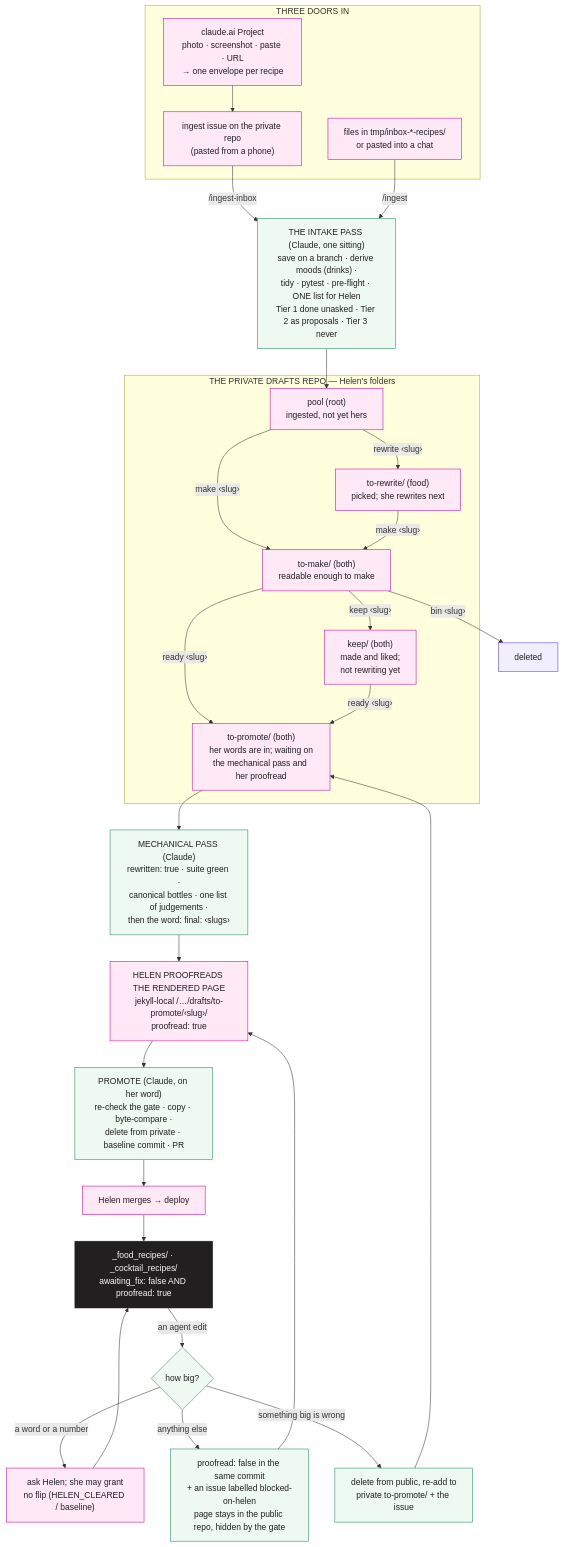
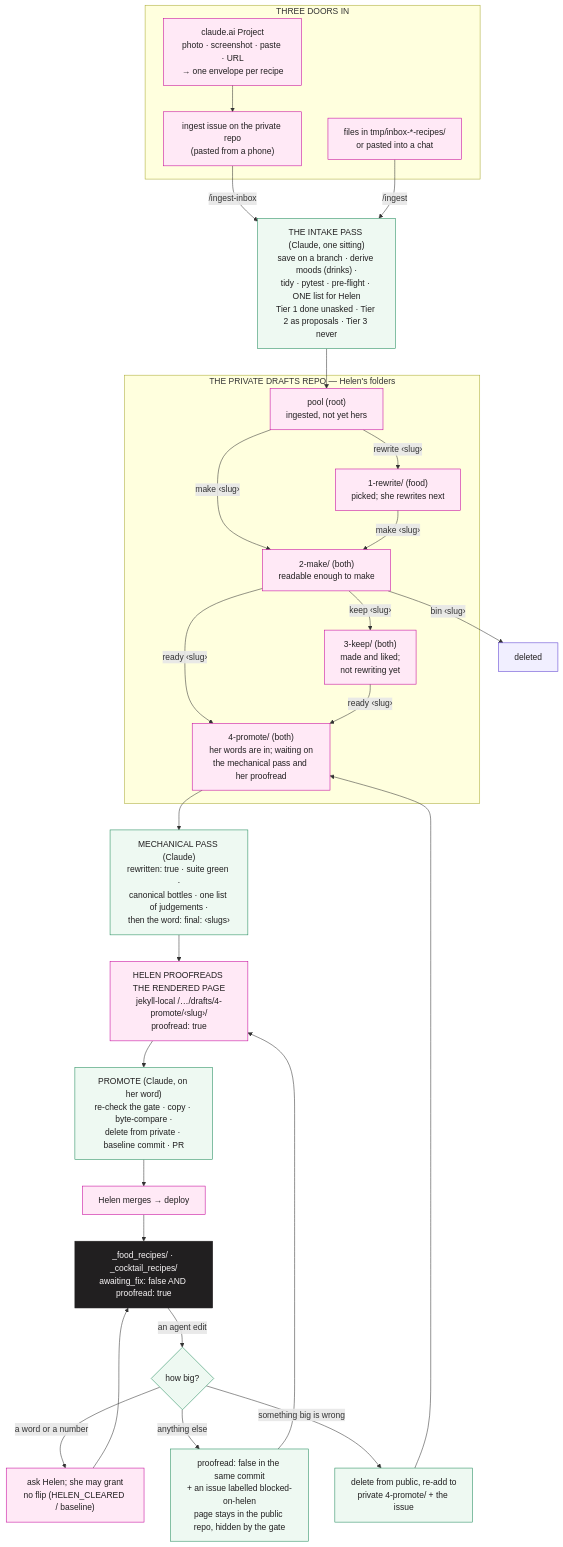
The diagram in model_instructions/PIPELINE.md (DeckOfPandas/helen-triages), drawn with Mermaid before and after one commit. The commit also changed other lines of this file and 33 other files, not shown here.

````diff
--- a/model_instructions/PIPELINE.md
+++ b/model_instructions/PIPELINE.md
@@ -24,51 +24,51 @@
 ```mermaid
 flowchart TD
     classDef helen fill:#ffe9f6,stroke:#c4009a,color:#211f20
     classDef claude fill:#eef9f2,stroke:#1f8a5a,color:#211f20
     classDef machine fill:#f1efff,stroke:#5b3fd1,color:#211f20
     classDef live fill:#211f20,stroke:#211f20,color:#faf7f8
 
     subgraph IN["THREE DOORS IN"]
         W["claude.ai Project<br/>photo · screenshot · paste · URL<br/>→ one envelope per recipe"]:::helen
         I["ingest issue on the private repo<br/>(pasted from a phone)"]:::helen
         T["files in tmp/inbox-*-recipes/<br/>or pasted into a chat"]:::helen
     end
 
     W --> I
     I -->|"/ingest-inbox"| P
     T -->|"/ingest"| P
 
     P["THE INTAKE PASS (Claude, one sitting)<br/>save on a branch · derive moods (drinks) ·<br/>tidy · pytest · pre-flight · ONE list for Helen<br/>Tier 1 done unasked · Tier 2 as proposals · Tier 3 never"]:::claude
 
     P --> POOL
 
     subgraph DRAFTS["THE PRIVATE DRAFTS REPO — Helen's folders"]
         POOL["pool (root)<br/>ingested, not yet hers"]:::helen
-        RW["to-rewrite/ (food)<br/>picked; she rewrites next"]:::helen
-        MK["to-make/ (both)<br/>readable enough to make"]:::helen
-        KP["keep/ (both)<br/>made and liked;<br/>not rewriting yet"]:::helen
-        PR["to-promote/ (both)<br/>her words are in; waiting on<br/>the mechanical pass and her proofread"]:::helen
+        RW["1-rewrite/ (food)<br/>picked; she rewrites next"]:::helen
+        MK["2-make/ (both)<br/>readable enough to make"]:::helen
+        KP["3-keep/ (both)<br/>made and liked;<br/>not rewriting yet"]:::helen
+        PR["4-promote/ (both)<br/>her words are in; waiting on<br/>the mechanical pass and her proofread"]:::helen
     end
 
     POOL -->|"rewrite ‹slug›"| RW
     POOL -->|"make ‹slug›"| MK
     RW -->|"make ‹slug›"| MK
     MK -->|"keep ‹slug›"| KP
     MK -->|"ready ‹slug›"| PR
     KP -->|"ready ‹slug›"| PR
     MK -->|"bin ‹slug›"| BIN["deleted"]:::machine
 
     PR --> MP["MECHANICAL PASS (Claude)<br/>rewritten: true · suite green ·<br/>canonical bottles · one list of judgements ·<br/>then the word: final: ‹slugs›"]:::claude
-    MP --> PF["HELEN PROOFREADS THE RENDERED PAGE<br/>jekyll-local /…/drafts/to-promote/‹slug›/<br/>proofread: true"]:::helen
+    MP --> PF["HELEN PROOFREADS THE RENDERED PAGE<br/>jekyll-local /…/drafts/4-promote/‹slug›/<br/>proofread: true"]:::helen
     PF --> PROMO["PROMOTE (Claude, on her word)<br/>re-check the gate · copy · byte-compare ·<br/>delete from private · baseline commit · PR"]:::claude
     PROMO --> MERGE["Helen merges → deploy"]:::helen
     MERGE --> LIVE["_food_recipes/ · _cocktail_recipes/<br/>awaiting_fix: false AND proofread: true"]:::live
 
     LIVE -->|"an agent edit"| TOUCH{"how big?"}:::claude
     TOUCH -->|"a word or a number"| ASK["ask Helen; she may grant<br/>no flip (HELEN_CLEARED / baseline)"]:::helen
     TOUCH -->|"anything else"| DEMOTE["proofread: false in the same commit<br/>+ an issue labelled blocked-on-helen<br/>page stays in the public repo, hidden by the gate"]:::claude
-    TOUCH -->|"something big is wrong"| BACK["delete from public, re-add to<br/>private to-promote/ + the issue"]:::claude
+    TOUCH -->|"something big is wrong"| BACK["delete from public, re-add to<br/>private 4-promote/ + the issue"]:::claude
     DEMOTE --> PF
     BACK --> PR
     ASK --> LIVE
 ```
````
